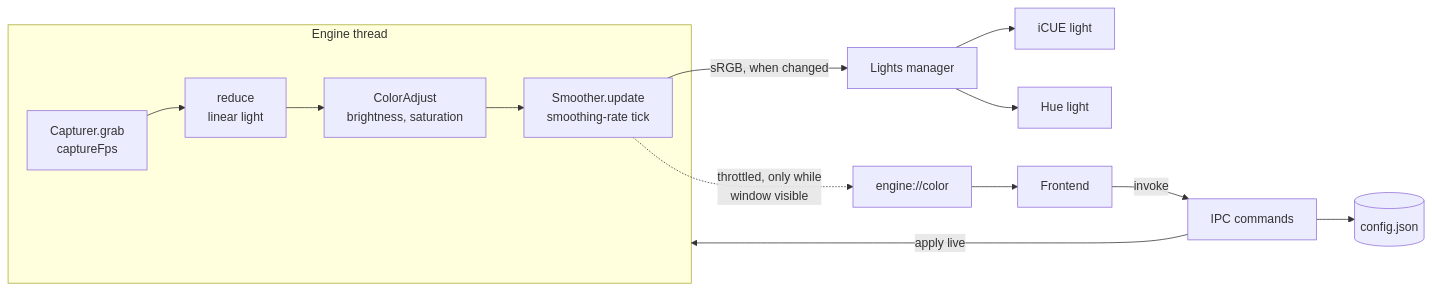
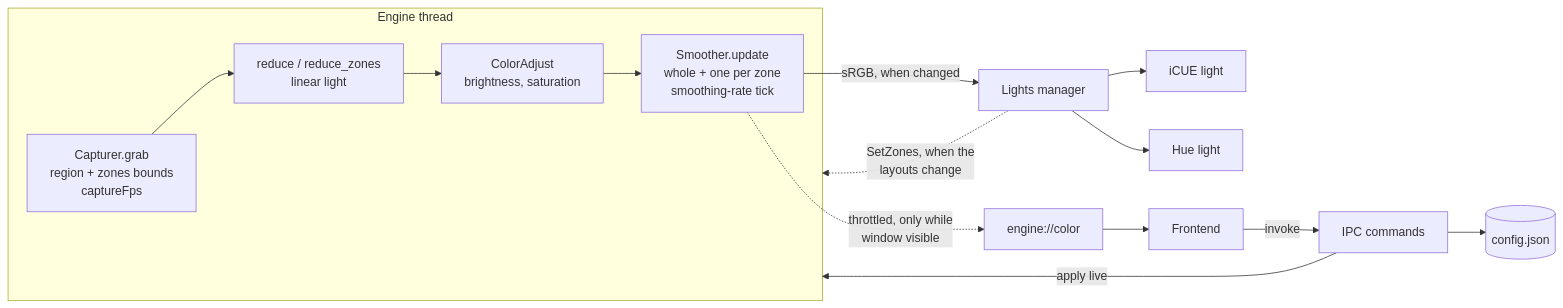
Before and after one commit to smolnetim/glowdrift: the diagram in docs/architecture.md, drawn with Mermaid. The commit also changed other lines of this file, not shown here.

Commit message:
docs: describe zones, the bounding grab and the new Hue commands

````diff
--- a/docs/architecture.md
+++ b/docs/architecture.md
@@ -23,16 +23,17 @@
 ```mermaid
 flowchart LR
     subgraph engine [Engine thread]
-        CAP[Capturer.grab<br/>captureFps] --> RED[reduce<br/>linear light]
+        CAP[Capturer.grab<br/>region + zones bounds<br/>captureFps] --> RED[reduce / reduce_zones<br/>linear light]
         RED --> ADJ[ColorAdjust<br/>brightness, saturation]
-        ADJ --> SM[Smoother.update<br/>smoothing-rate tick]
+        ADJ --> SM[Smoother.update<br/>whole + one per zone<br/>smoothing-rate tick]
     end
     SM -->|sRGB, when changed| OUT[Lights manager]
+    OUT -.->|SetZones, when the<br/>layouts change| engine
     OUT --> ICUE[iCUE light]
     OUT --> HUE[Hue light]
     SM -.->|throttled, only while<br/>window visible| EVT[engine://color]
     EVT --> UI[Frontend]
     UI -->|invoke| CMD[IPC commands]
     CMD --> CFG[(config.json)]
     CMD -->|apply live| engine
 ```
````
